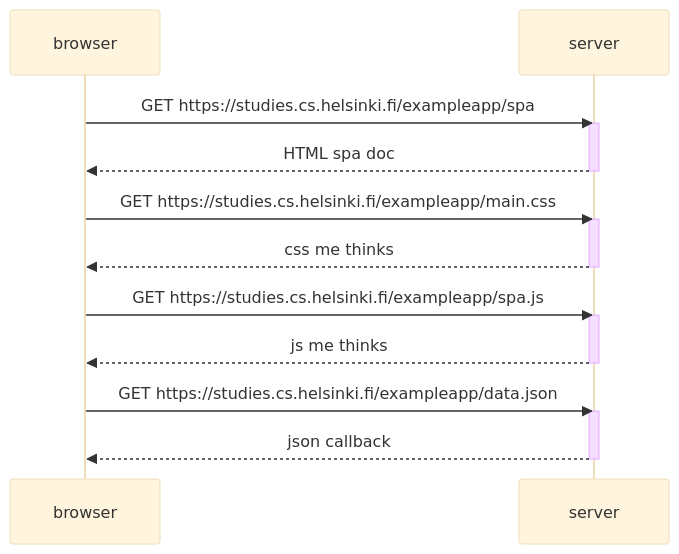
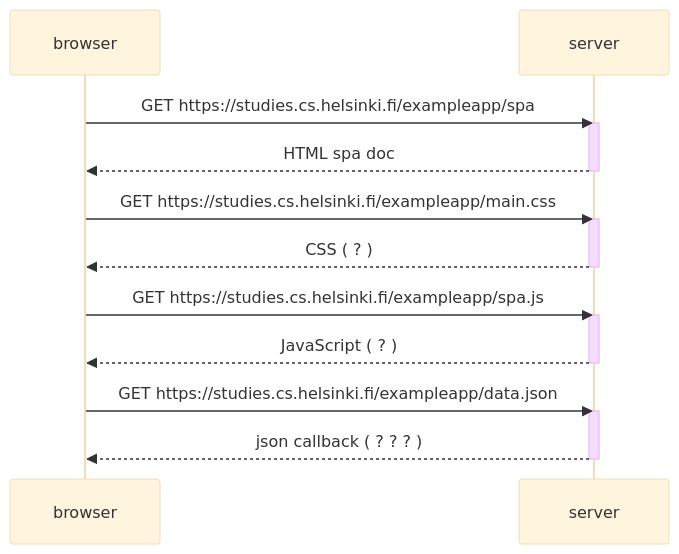
One commit to PiwkoM/FullStackOpen_Piwko4TC changed the diagram in part0/0.5.md. Above: the diagram before and after it, drawn with Mermaid (base theme).

````diff
--- a/part0/0.5.md
+++ b/part0/0.5.md
@@ -1,25 +1,25 @@
 ```mermaid
 sequenceDiagram
     participant browser
     participant server
 
     browser->>server: GET https://studies.cs.helsinki.fi/exampleapp/spa
     activate server
     server-->>browser: HTML spa doc
     deactivate server
 
     browser->>server: GET https://studies.cs.helsinki.fi/exampleapp/main.css
     activate server
-    server-->>browser: css me thinks
+    server-->>browser: CSS ( ? )
     deactivate server
 
     browser->>server: GET https://studies.cs.helsinki.fi/exampleapp/spa.js
     activate server
-    server-->>browser: js me thinks
+    server-->>browser: JavaScript ( ? )
     deactivate server
 
     browser->>server: GET https://studies.cs.helsinki.fi/exampleapp/data.json
     activate server
-    server-->>browser: json callback 
+    server-->>browser: json callback ( ? ? ? )
     deactivate server
 ```
````
